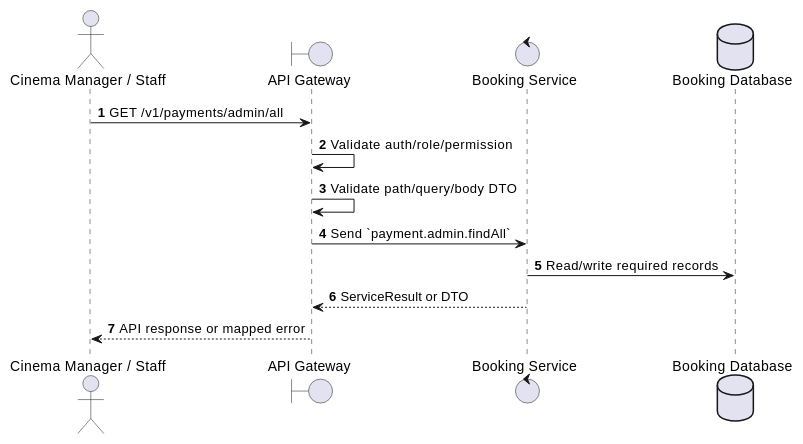
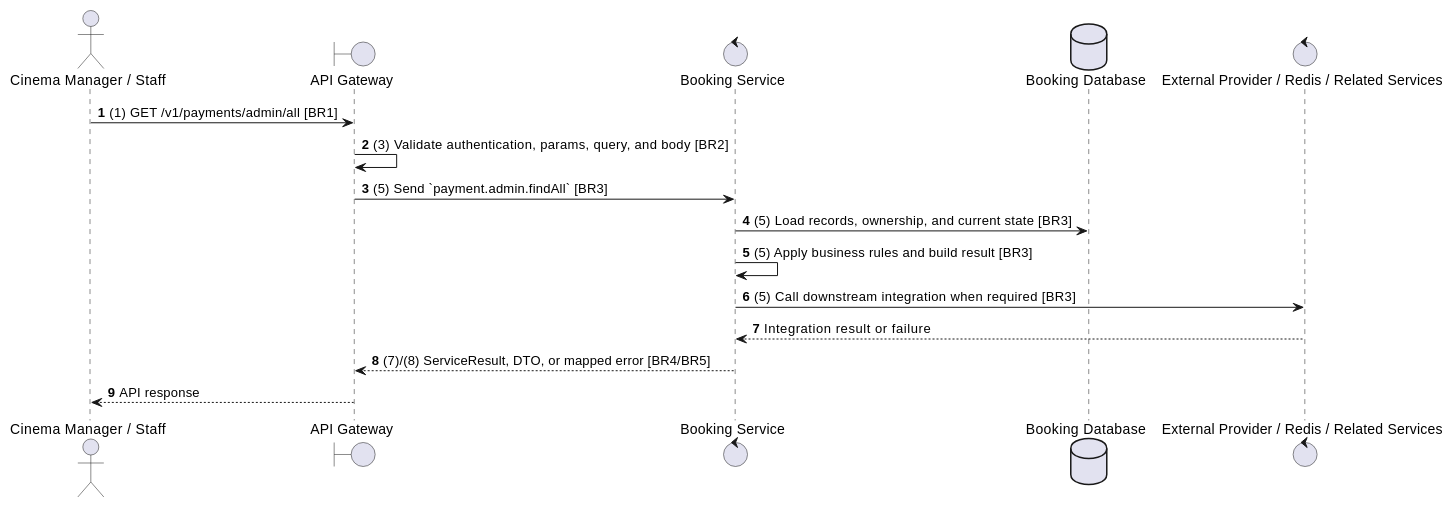
The second of 2 diagrams in docs/functional_specs/3.6_Payment_Transaction_Module/PY-A01_Admin_List_All_Payments.md (Tanh1603/movie-hub-architecture), drawn with PlantUML before and after one commit. The commit also changed other lines of this file and 129 other files, not shown here.

````diff
--- a/docs/functional_specs/3.6_Payment_Transaction_Module/PY-A01_Admin_List_All_Payments.md
+++ b/docs/functional_specs/3.6_Payment_Transaction_Module/PY-A01_Admin_List_All_Payments.md
@@ -17,17 +64,20 @@
 ```plantuml
 @startuml
 autonumber
 actor "Cinema Manager / Staff" as Actor
 boundary "API Gateway" as GW
 control "Booking Service" as SVC
 database "Booking Database" as DB
+control "External Provider / Redis / Related Services" as EXT
 
-Actor -> GW: GET /v1/payments/admin/all
-GW -> GW: Validate auth/role/permission
-GW -> GW: Validate path/query/body DTO
-GW -> SVC: Send `payment.admin.findAll`
-SVC -> DB: Read/write required records
-SVC --> GW: ServiceResult or DTO
-GW --> Actor: API response or mapped error
+Actor -> GW: (1) GET /v1/payments/admin/all [BR1]
+GW -> GW: (3) Validate authentication, params, query, and body [BR2]
+GW -> SVC: (5) Send `payment.admin.findAll` [BR3]
+SVC -> DB: (5) Load records, ownership, and current state [BR3]
+SVC -> SVC: (5) Apply business rules and build result [BR3]
+SVC -> EXT: (5) Call downstream integration when required [BR3]
+EXT --> SVC: Integration result or failure
+SVC --> GW: (7)/(8) ServiceResult, DTO, or mapped error [BR4/BR5]
+GW --> Actor: API response
 @enduml
 ```
````
